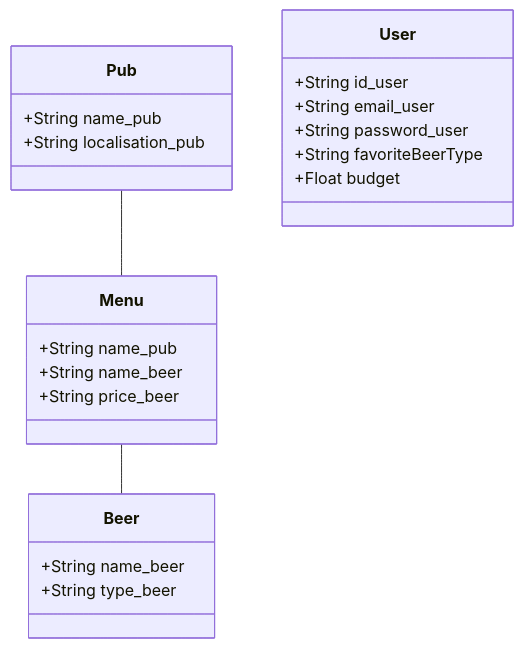
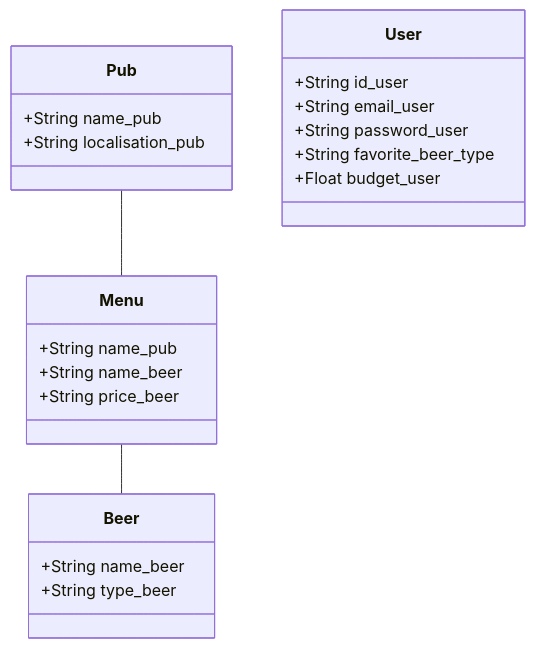
The diagram in README.md (DonMako/beer), drawn with Mermaid before and after one commit. The commit also changed 1 other file, not shown here.

Commit message:
Correction d'une coquille dans le README

````diff
--- a/README.md
+++ b/README.md
@@ -36,25 +36,25 @@
 ```mermaid
 classDiagram
     Pub -- Menu
     Menu -- Beer
     class User{
       +String id_user
       +String email_user
       +String password_user
-      +String favoriteBeerType
-      +Float budget
+      +String favorite_beer_type
+      +Float budget_user
     }
     class Beer{
       +String name_beer
       +String type_beer
     }
     class Menu{
       +String name_pub
       +String name_beer
       +String price_beer
     }
     class Pub{
       +String name_pub
       +String localisation_pub
     }
 ```
````
